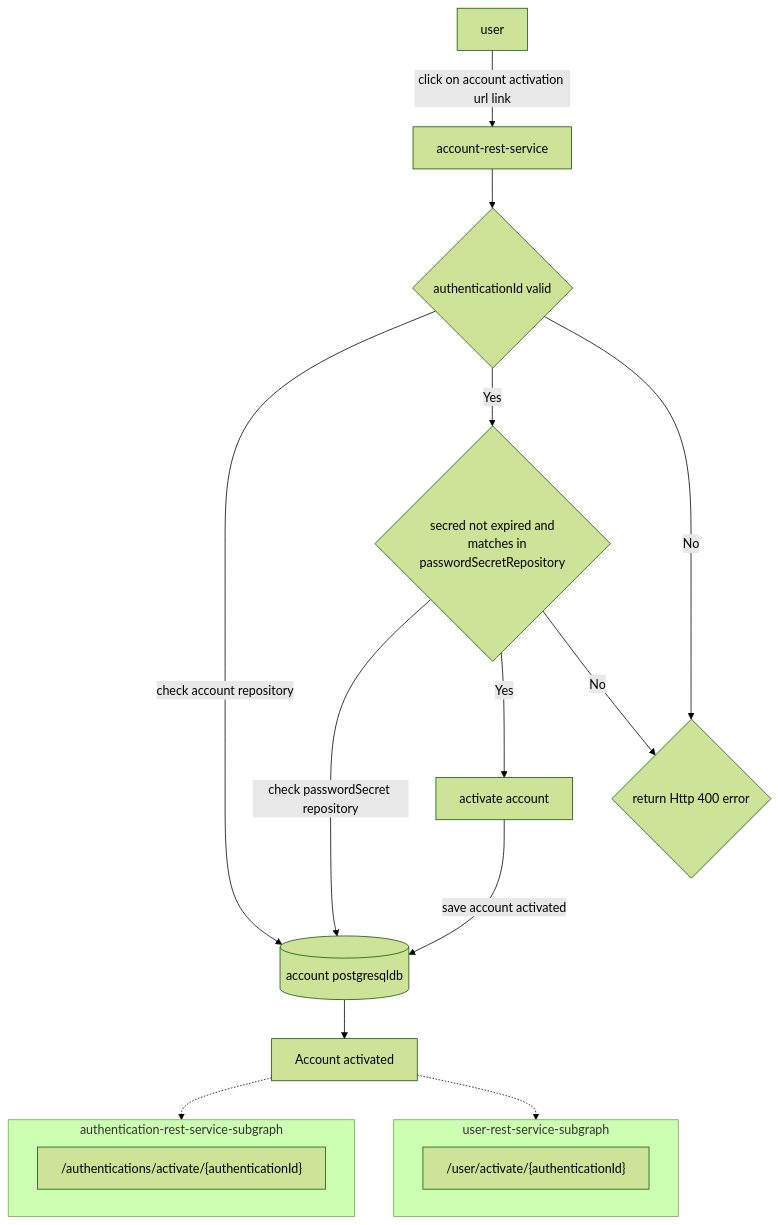
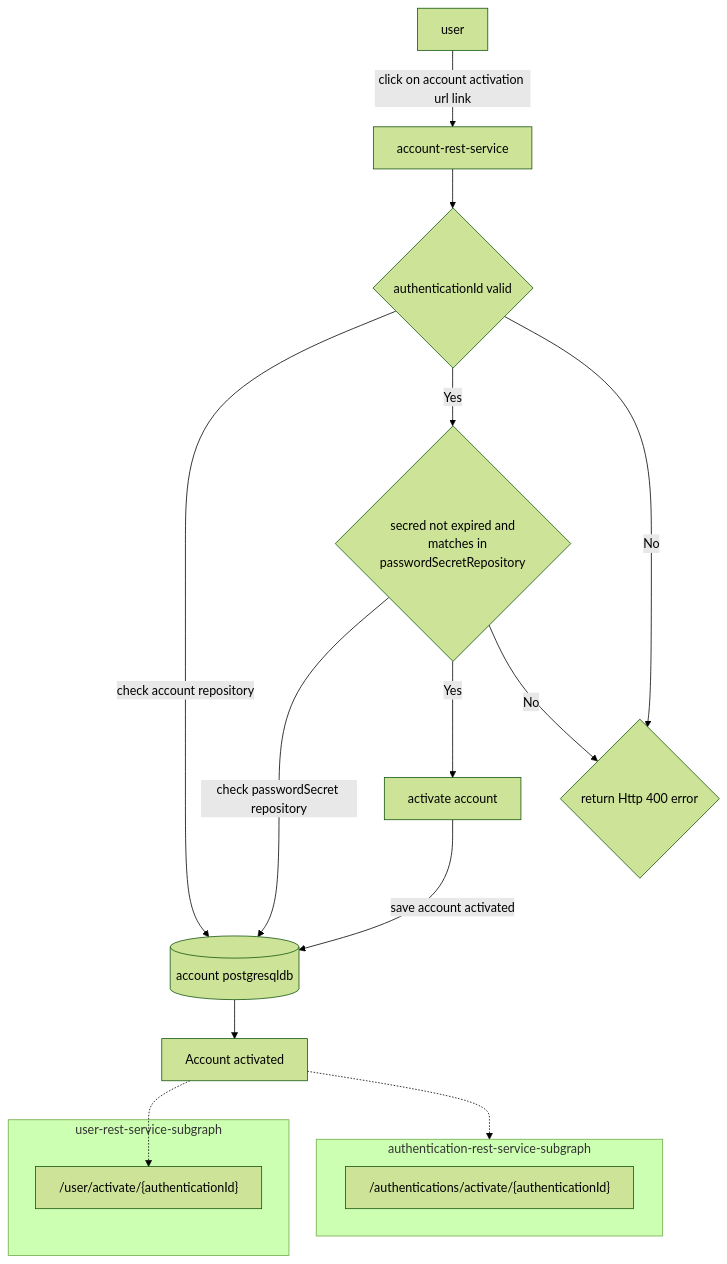
One commit to sonamsamdupkhangsar/account-rest-service changed the diagram in README.md. Above: the diagram before and after it, drawn with Mermaid (forest theme).

Commit message:
commit flow

````diff
--- a/README.md
+++ b/README.md
@@ -63,25 +63,25 @@
 ```mermaid
 flowchart TD
     User[user] --"click on account activation url link" -->  AccountRestService[account-rest-service] 
     AccountRestService --> authIdValid{authenticationId valid}
     authIdValid --"check account repository"--> AccountPgsqlDb[(account postgresqldb)]
    authIdValid -->|Yes| secretValid{"secred not expired and
     matches in passwordSecretRepository"}
    authIdValid -->|No| error400{return Http 400 error}
    secretValid --"check passwordSecret repository" -->AccountPgsqlDb
    secretValid -->|Yes| activateAccount[activate account]
    activateAccount --"save account activated" --> AccountPgsqlDb
    AccountPgsqlDb --> accountActivated["Account activated"]
    secretValid -->|No| error400    
-   accountActivated -.-> authentication-rest-service-subgraph
+   accountActivated -.-> authentication-rest-service-subgraph[authentication-rest-service]
    
-   accountActivated -.-> user-rest-service-subgraph[user-rest-service]
+   accountActivated -.-> user-rest-service[user-rest-service]
     
     subgraph authentication-rest-service-subgraph
     authentication-rest-service["/authentications/activate/{authenticationId}"]
     end
     
     subgraph user-rest-service-subgraph
     user-rest-service["/user/activate/{authenticationId}"]
     end    
 ```
````
